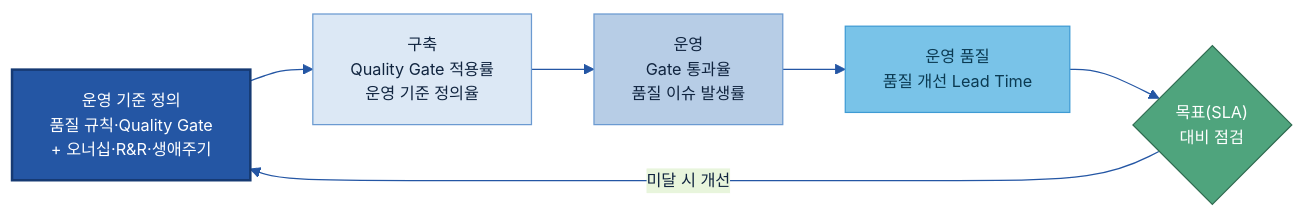
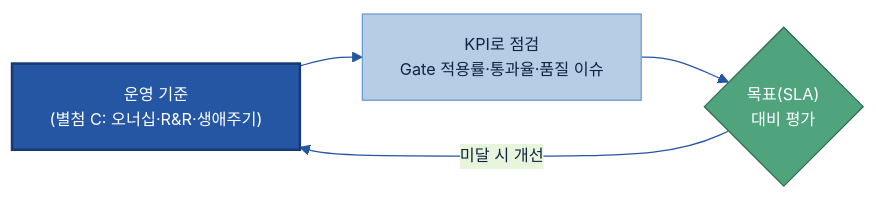
The sixth of 6 diagrams in 가이드 작성/C-2 데이터 품질 관리/C-2 데이터 품질 관리.md (jin-kearney/ai-ready-data-manual), drawn with Mermaid before and after one commit. The commit also changed other lines of this file and 3 other files, not shown here.

````diff
--- a/가이드 작성/C-2 데이터 품질 관리/C-2 데이터 품질 관리.md
+++ b/가이드 작성/C-2 데이터 품질 관리/C-2 데이터 품질 관리.md
@@ -477,16 +473,11 @@
 ```mermaid
 %%{init: {'theme':'base','themeVariables':{'primaryColor':'#DCE8F5','primaryBorderColor':'#2456A4','primaryTextColor':'#10243f','lineColor':'#2456A4','clusterBkg':'#EEF4FB','clusterBorder':'#6B9AD1','fontSize':'13px'}}}%%
 flowchart LR
-    STD["운영 기준 정의<br/>품질 규칙·Quality Gate<br/>+ 오너십·R&R·생애주기"]:::std
-    T1["구축<br/>Quality Gate 적용률<br/>운영 기준 정의율"]:::t1
-    T2["운영<br/>Gate 통과율<br/>품질 이슈 발생률"]:::t2
-    T3["운영 품질<br/>품질 개선 Lead Time"]:::t3
-    G{"목표(SLA)<br/>대비 점검"}:::gate
-    STD --> T1 --> T2 --> T3 --> G
-    G -->|미달 시 개선| STD
+    STD["운영 기준<br/>(별첨 C: 오너십·R&R·생애주기)"]:::std
+    K["KPI로 점검<br/>Gate 적용률·통과율·품질 이슈"]:::mid
+    G{"목표(SLA)<br/>대비 평가"}:::gate
+    STD --> K --> G -->|미달 시 개선| STD
     classDef std fill:#2456A4,color:#fff,stroke:#163a73,stroke-width:2px;
-    classDef t1 fill:#DCE8F5,stroke:#6B9AD1,color:#10243f;
-    classDef t2 fill:#B7CDE6,stroke:#6B9AD1,color:#10243f;
-    classDef t3 fill:#79C3E8,stroke:#3F9BD4,color:#0b3a52;
+    classDef mid fill:#B7CDE6,stroke:#6B9AD1,color:#10243f;
     classDef gate fill:#4FA47D,stroke:#2f6b50,color:#fff;
 ```
````
